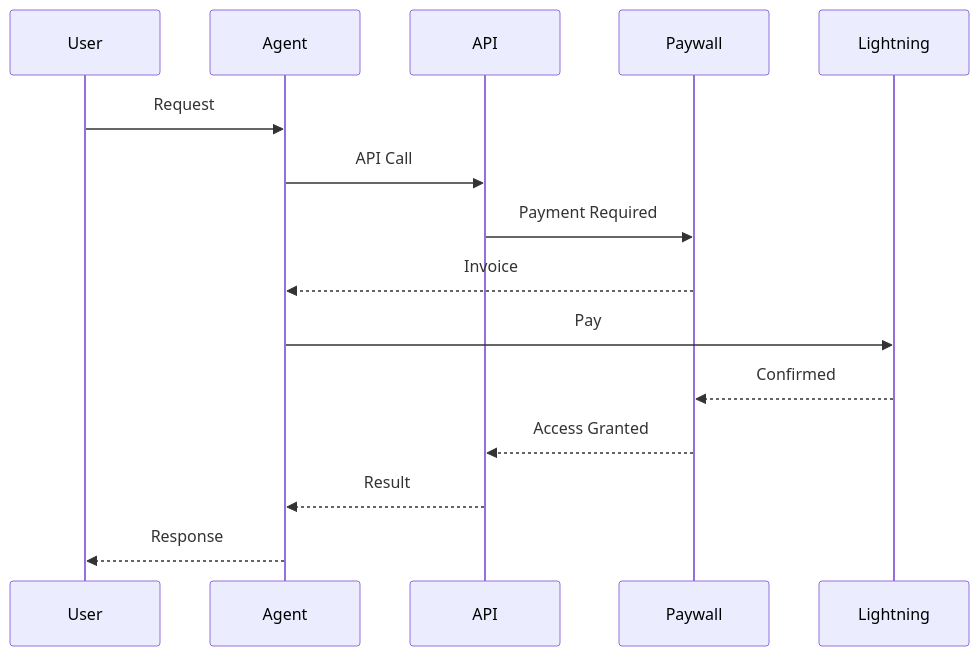
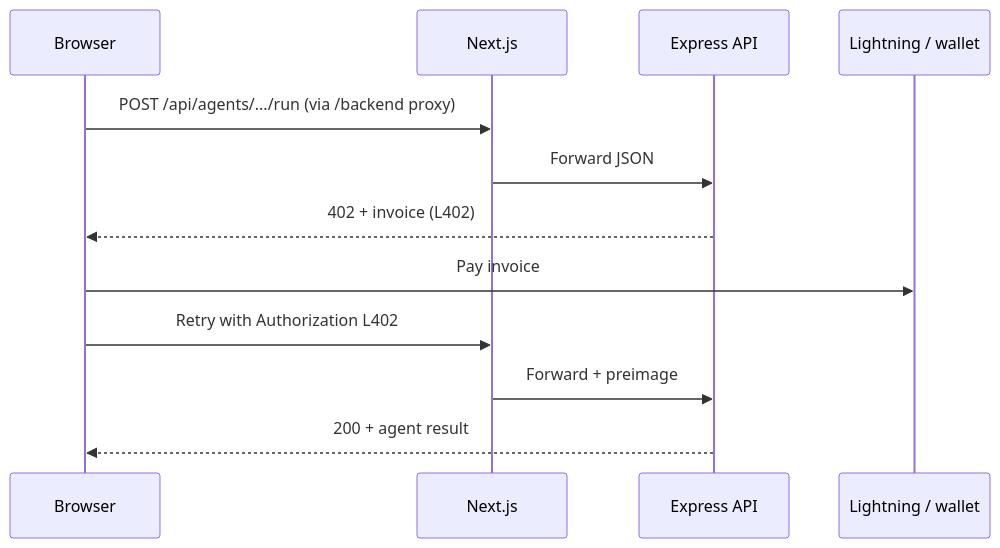
One commit to gautammanak1/shotenx-ai changed the second of 2 diagrams in readme.md. Above: the diagram before and after it, drawn with Mermaid. The commit also changed other lines of this file and 58 other files, not shown here.

First line of the commit message:
feat: Docker, uAgent bridge, premium agent flow, marketplace UI, CI

````diff
--- a/readme.md
+++ b/readme.md
@@ -71,20 +39,14 @@
 ```mermaid
 sequenceDiagram
-    participant U as User
-    participant A as Agent
-    participant S as API
-    participant P as Paywall
-    participant LN as Lightning
-
-    U->>A: Request
-    A->>S: API Call
-    S->>P: Payment Required
-    P-->>A: Invoice
-
-    A->>LN: Pay
-    LN-->>P: Confirmed
-
-    P-->>S: Access Granted
-    S-->>A: Result
-    A-->>U: Response
+  participant U as Browser
+  participant N as Next.js
+  participant E as Express API
+  participant L as Lightning / wallet
+  U->>N: POST /api/agents/.../run (via /backend proxy)
+  N->>E: Forward JSON
+  E-->>U: 402 + invoice (L402)
+  U->>L: Pay invoice
+  U->>N: Retry with Authorization L402
+  N->>E: Forward + preimage
+  E-->>U: 200 + agent result
 ```
````
